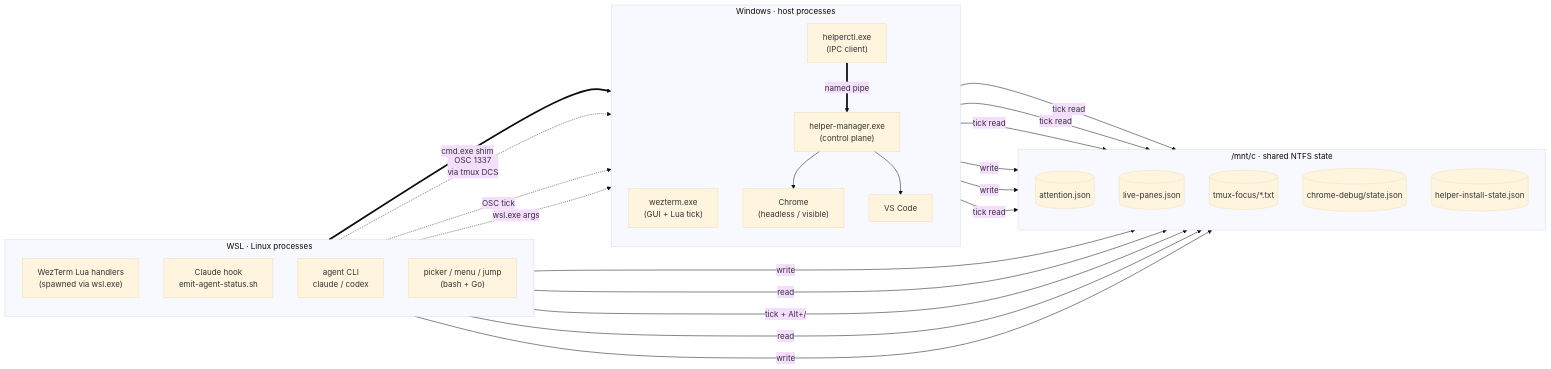
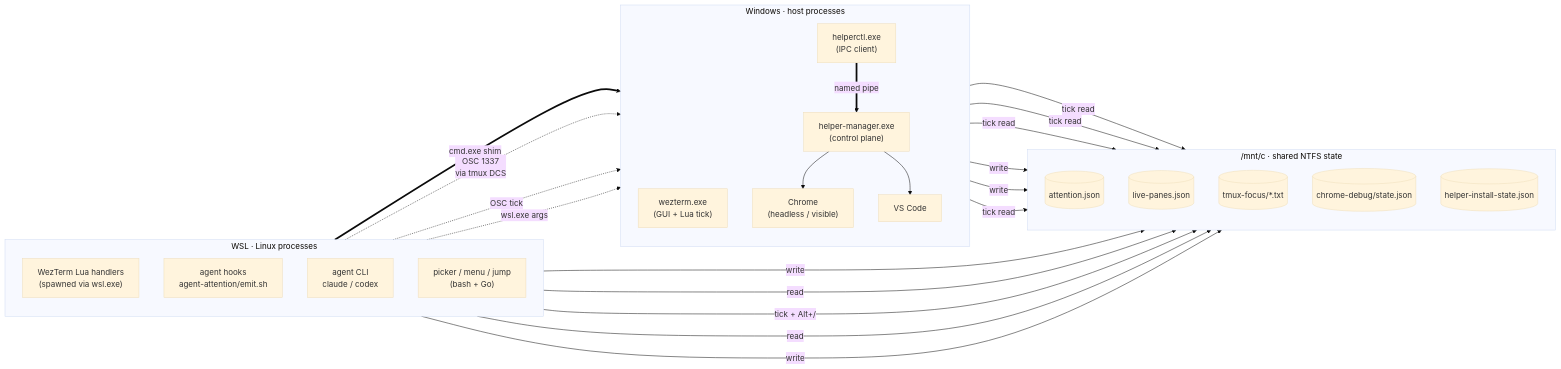
The first of 2 diagrams in docs/architecture.md (yunsii/wezdeck), drawn with Mermaid (base theme) before and after one commit. The commit also changed other lines of this file and 12 other files, not shown here.

Commit message:
feat(agents): add Codex attention hooks

````diff
--- a/docs/architecture.md
+++ b/docs/architecture.md
@@ -146,52 +146,52 @@
 ```mermaid
 flowchart LR
   subgraph WSL["WSL · Linux processes"]
     direction TB
     W_LUA["WezTerm Lua handlers<br/>(spawned via wsl.exe)"]
-    W_HOOK["Claude hook<br/>emit-agent-status.sh"]
+    W_HOOK["agent hooks<br/>agent-attention/emit.sh"]
     W_AGENT["agent CLI<br/>claude / codex"]
     W_BASH["picker / menu / jump<br/>(bash + Go)"]
   end
 
   subgraph FS["/mnt/c · shared NTFS state"]
     direction TB
     F_ATT[("attention.json")]
     F_LIVE[("live-panes.json")]
     F_FOCUS[("tmux-focus/*.txt")]
     F_CHROME[("chrome-debug/state.json")]
     F_HELPER[("helper-install-state.json")]
   end
 
   subgraph WIN["Windows · host processes"]
     direction TB
     H_WEZ["wezterm.exe<br/>(GUI + Lua tick)"]
     H_CTL["helperctl.exe<br/>(IPC client)"]
     H_MGR["helper-manager.exe<br/>(control plane)"]
     H_CHR["Chrome<br/>(headless / visible)"]
     H_VSC["VS Code"]
   end
 
   W_BASH ==>|"cmd.exe shim"| H_CTL
   H_CTL ==>|"named pipe"| H_MGR
   H_MGR --> H_CHR
   H_MGR --> H_VSC
 
   W_AGENT -.->|"OSC 1337<br/>via tmux DCS"| H_WEZ
   W_HOOK  -.->|"OSC tick"| H_WEZ
   W_LUA   -.->|"wsl.exe args"| H_WEZ
 
   W_HOOK -- write --> F_ATT
   W_BASH -- read --> F_ATT
   W_LUA  -- "tick + Alt+/" --> F_LIVE
   W_BASH -- read --> F_LIVE
   W_BASH -- write --> F_FOCUS
   H_WEZ  -- "tick read" --> F_ATT
   H_WEZ  -- "tick read" --> F_LIVE
   H_WEZ  -- "tick read" --> F_FOCUS
   H_MGR  -- write --> F_CHROME
   H_MGR  -- write --> F_HELPER
   H_WEZ  -- "tick read" --> F_CHROME
 
   classDef pipe stroke:#1f6feb,stroke-width:2px
   classDef osc  stroke:#9a6700,stroke-width:2px,stroke-dasharray:5 3
 ```
````
